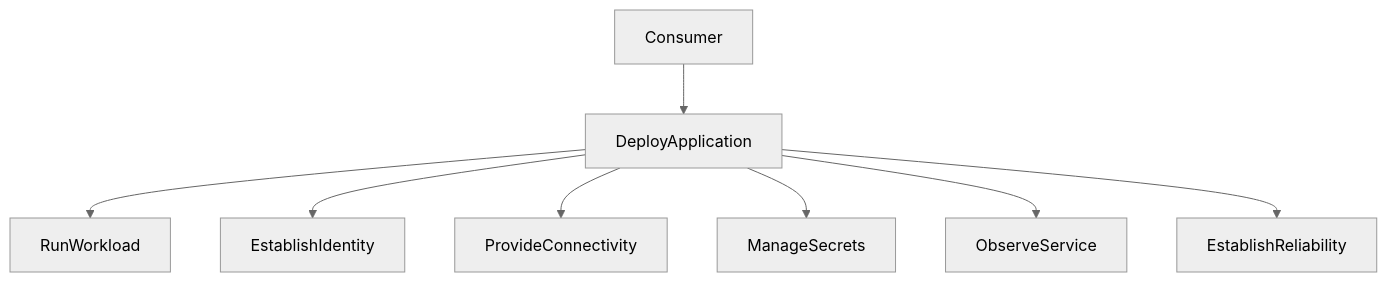
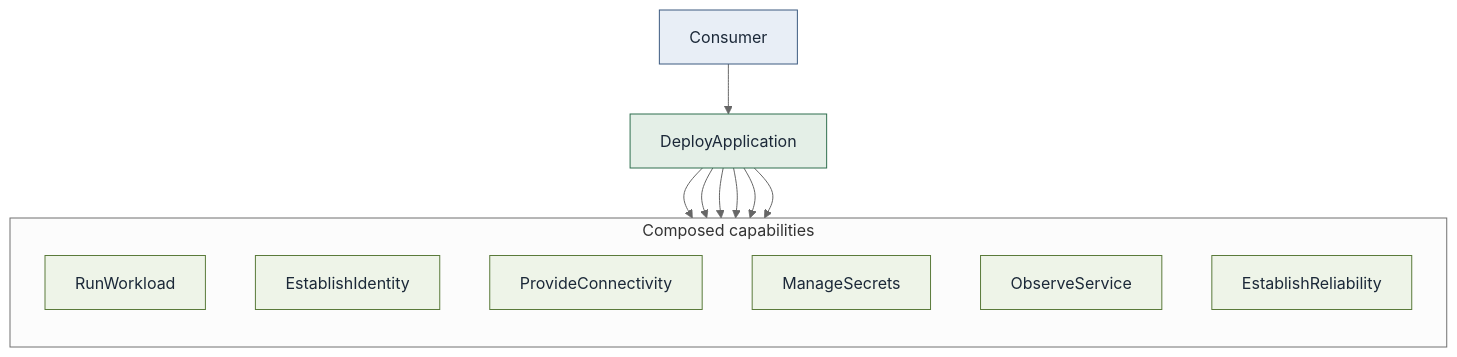
One commit to opsdevcode/convergence changed the diagram in diagrams/deploy-application-composition.md. Above: the diagram before and after it, drawn with Mermaid (neutral theme). The commit also changed other lines of this file and 25 other files, not shown here.

First line of the commit message:
docs: improve mermaid diagrams and page layout

````diff
--- a/diagrams/deploy-application-composition.md
+++ b/diagrams/deploy-application-composition.md
@@ -6,20 +5,27 @@
 ```mermaid
 flowchart TB
-  Consumer["Consumer"]
-  Deploy["DeployApplication"]
+  Consumer["Consumer"]:::actor
+  Deploy["DeployApplication"]:::cap
 
-  Run["RunWorkload"]
-  Id["EstablishIdentity"]
-  Net["ProvideConnectivity"]
-  Secrets["ManageSecrets"]
-  Obs["ObserveService"]
-  Rel["EstablishReliability"]
+  subgraph composed["Composed capabilities"]
+    direction TB
+    Run["RunWorkload"]:::comp
+    Id["EstablishIdentity"]:::comp
+    Net["ProvideConnectivity"]:::comp
+    Secrets["ManageSecrets"]:::comp
+    Obs["ObserveService"]:::comp
+    Rel["EstablishReliability"]:::comp
+  end
 
   Consumer --> Deploy
   Deploy --> Run
   Deploy --> Id
   Deploy --> Net
   Deploy --> Secrets
   Deploy --> Obs
   Deploy --> Rel
+
+  classDef actor fill:#E8EEF6,stroke:#3D5A80,color:#1B2838
+  classDef cap fill:#E4EFE7,stroke:#2F6F4E,color:#1B2838
+  classDef comp fill:#EEF4E8,stroke:#5A7A3A,color:#1B2838
 ```
````
